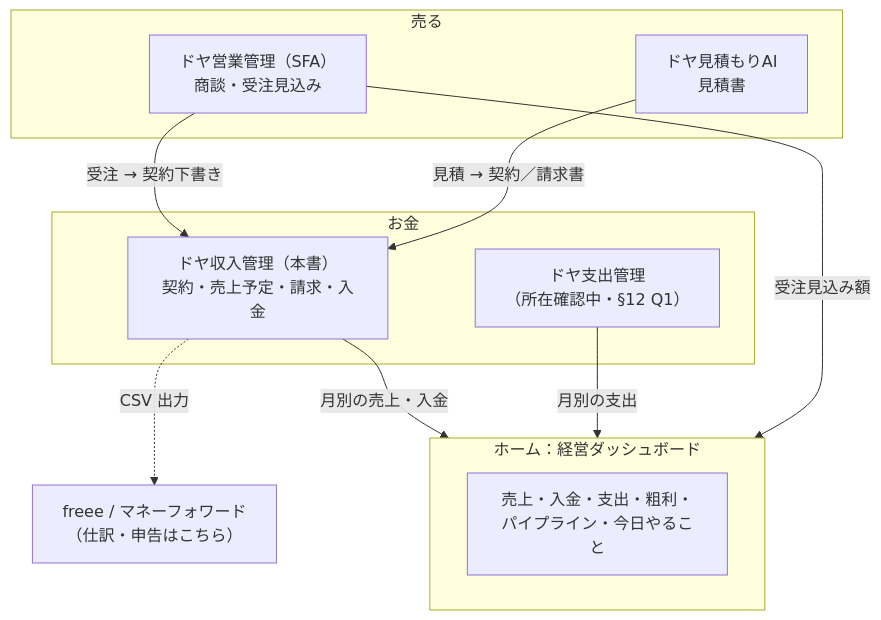
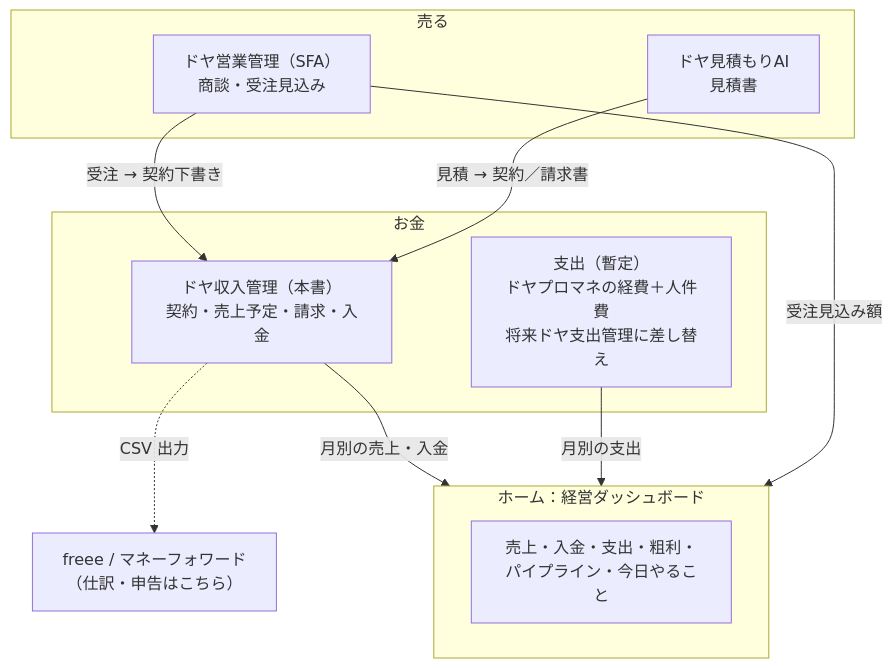
Before and after one commit to k-mitsumori-cmd/doya-ai: the second of 4 diagrams in docs/design/2026-10-18-doya-income/README.md, drawn with Mermaid. The commit also changed other lines of this file and 1 other file, not shown here.

````diff
--- a/docs/design/2026-10-18-doya-income/README.md
+++ b/docs/design/2026-10-18-doya-income/README.md
@@ -68,20 +69,20 @@
 ```mermaid
 flowchart TB
   subgraph HOME["ホーム：経営ダッシュボード"]
     K["売上・入金・支出・粗利・パイプライン・今日やること"]
   end
   subgraph SELL["売る"]
     SFA["ドヤ営業管理（SFA）<br/>商談・受注見込み"]
     Q["ドヤ見積もりAI<br/>見積書"]
   end
   subgraph MONEY["お金"]
     INC["ドヤ収入管理（本書）<br/>契約・売上予定・請求・入金"]
-    EXP["ドヤ支出管理<br/>（所在確認中・§12 Q1）"]
+    EXP["支出（暫定）<br/>ドヤプロマネの経費＋人件費<br/>将来ドヤ支出管理に差し替え"]
   end
   SFA -->|受注 → 契約下書き| INC
   Q -->|見積 → 契約／請求書| INC
   INC -->|月別の売上・入金| HOME
   EXP -->|月別の支出| HOME
   SFA -->|受注見込み額| HOME
   INC -.->|CSV 出力| ACC["freee / マネーフォワード<br/>（仕訳・申告はこちら）"]
 ```
````
